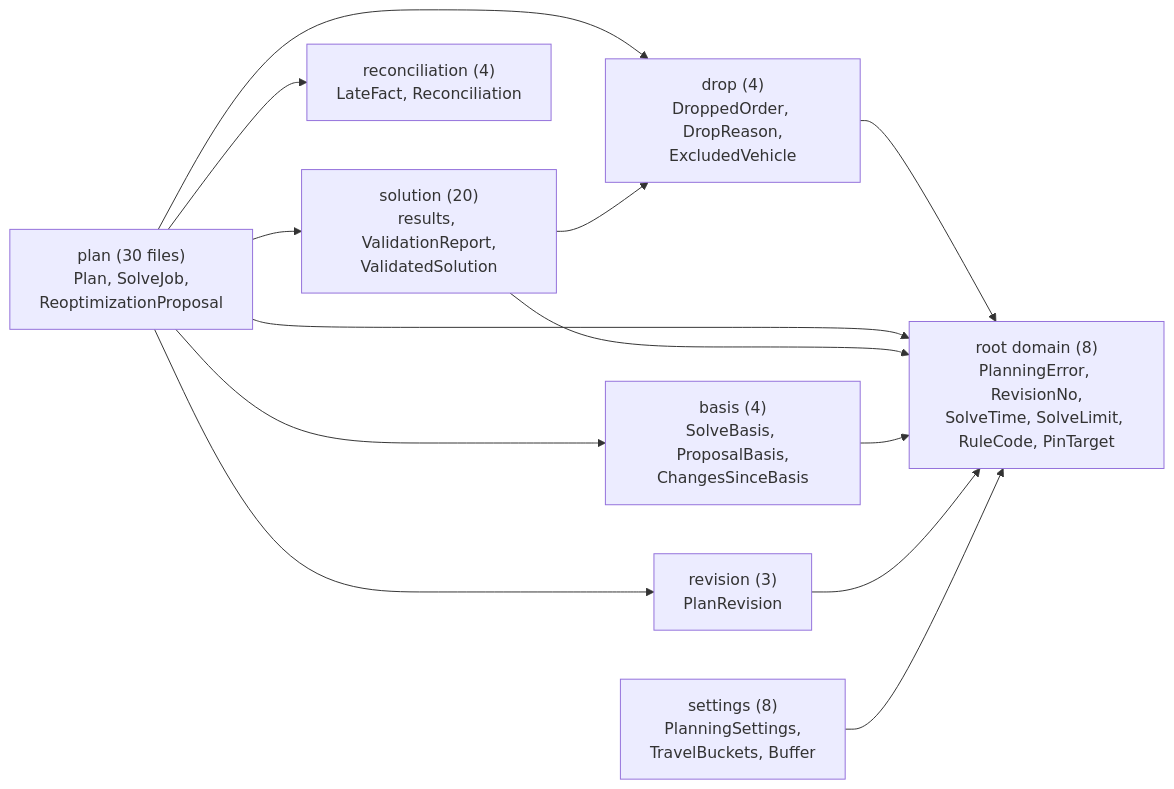
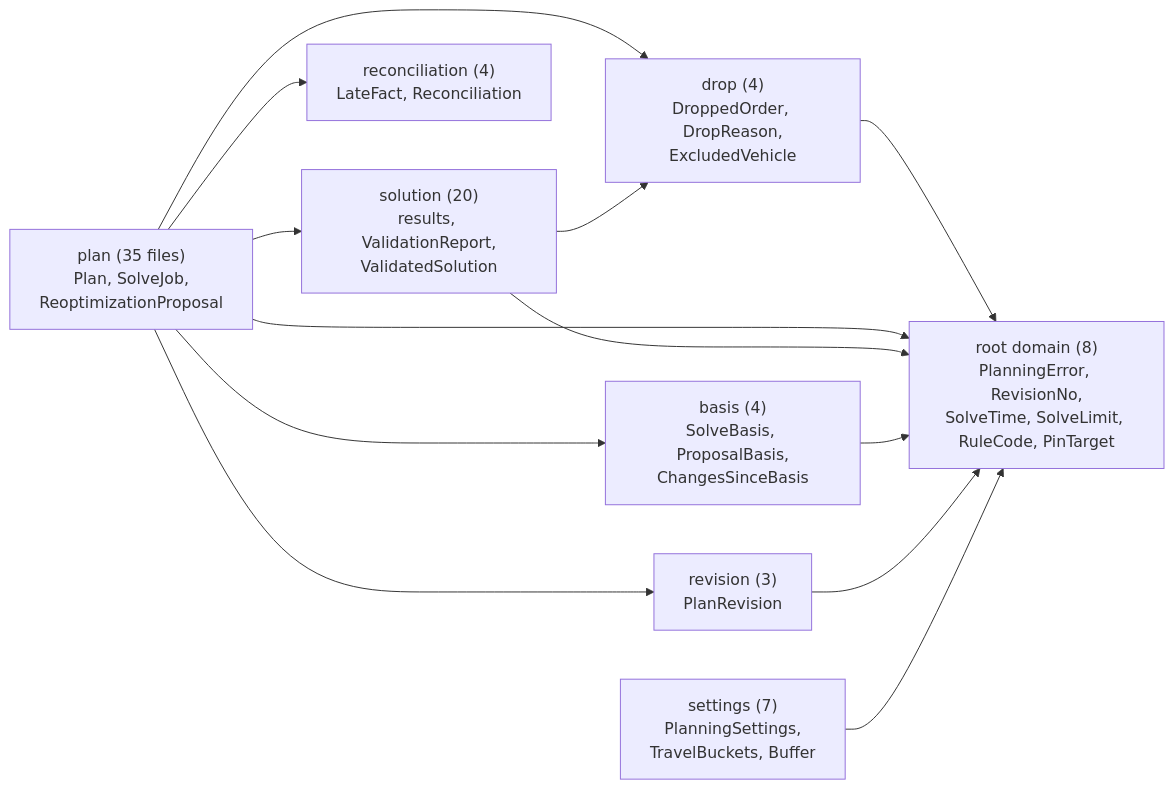
The ninth of 29 diagrams in docs/architecture/domain_layer/domain_layer_visual_guide.md (NaimElijah/DispatchFlow), drawn with Mermaid before and after one commit. The commit also changed other lines of this file and 8 other files, not shown here.

First line of the commit message:
docs: describe the mapped schemas and the persistence adapters

````diff
--- a/docs/architecture/domain_layer/domain_layer_visual_guide.md
+++ b/docs/architecture/domain_layer/domain_layer_visual_guide.md
@@ -848,23 +843,23 @@
 ```mermaid
 flowchart LR
-  PLAN["plan (30 files)<br/>Plan, SolveJob,<br/>ReoptimizationProposal"]
+  PLAN["plan (35 files)<br/>Plan, SolveJob,<br/>ReoptimizationProposal"]
   SOL["solution (20)<br/>results, ValidationReport,<br/>ValidatedSolution"]
   DROP["drop (4)<br/>DroppedOrder, DropReason,<br/>ExcludedVehicle"]
   BAS["basis (4)<br/>SolveBasis, ProposalBasis,<br/>ChangesSinceBasis"]
   REV["revision (3)<br/>PlanRevision"]
   REC["reconciliation (4)<br/>LateFact, Reconciliation"]
-  SET["settings (8)<br/>PlanningSettings,<br/>TravelBuckets, Buffer"]
+  SET["settings (7)<br/>PlanningSettings,<br/>TravelBuckets, Buffer"]
   ROOT["root domain (8)<br/>PlanningError, RevisionNo,<br/>SolveTime, SolveLimit, RuleCode, PinTarget"]
   PLAN --> SOL
   PLAN --> DROP
   SOL --> DROP
   DROP --> ROOT
   PLAN --> BAS
   PLAN --> REV
   PLAN --> REC
   PLAN --> ROOT
   SOL --> ROOT
   BAS --> ROOT
   REV --> ROOT
   SET --> ROOT
 ```
````
